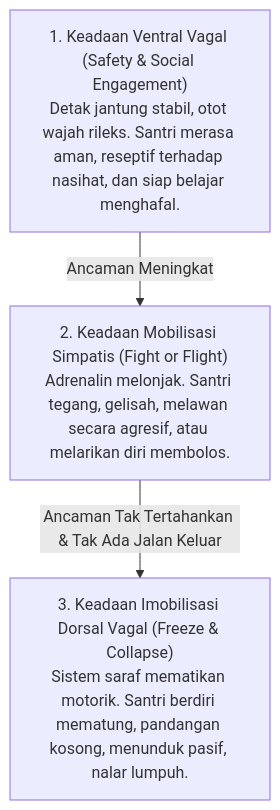
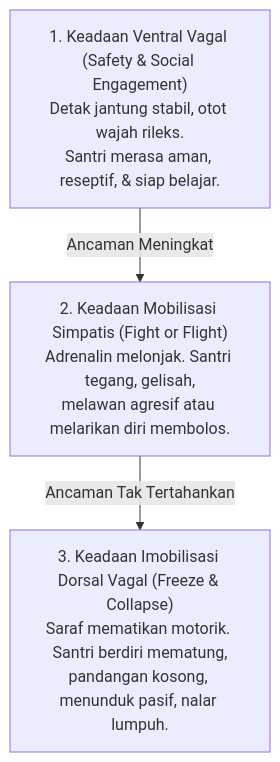
One commit to wandiapriliyandi/tumbuh changed the third of 5 diagrams in BOOK Series 1/01-The-Fundamental-of-TUMBUH/Bab-01-Menatap-Krisis-Menegakkan-Orientasi.md. Above: the diagram before and after it, drawn with Mermaid. The commit also changed other lines of this file and 35 other files, not shown here.

Commit message:
fix(book-01): optimasi keterbacaan diagram mermaid pada seluruh bab dan perbarui 20 file PDF

````diff
--- a/BOOK Series 1/01-The-Fundamental-of-TUMBUH/Bab-01-Menatap-Krisis-Menegakkan-Orientasi.md
+++ b/BOOK Series 1/01-The-Fundamental-of-TUMBUH/Bab-01-Menatap-Krisis-Menegakkan-Orientasi.md
@@ -105,9 +105,9 @@
 ```mermaid
 graph TD
-    V["1. Keadaan Ventral Vagal (Safety & Social Engagement)<br/>Detak jantung stabil, otot wajah rileks. Santri merasa aman, reseptif terhadap nasihat, dan siap belajar menghafal."]
-    S["2. Keadaan Mobilisasi Simpatis (Fight or Flight)<br/>Adrenalin melonjak. Santri tegang, gelisah, melawan secara agresif, atau melarikan diri membolos."]
-    D["3. Keadaan Imobilisasi Dorsal Vagal (Freeze & Collapse)<br/>Sistem saraf mematikan motorik. Santri berdiri mematung, pandangan kosong, menunduk pasif, nalar lumpuh."]
+    V["1. Keadaan Ventral Vagal (Safety & Social Engagement)<br/>Detak jantung stabil, otot wajah rileks.<br/>Santri merasa aman, reseptif, & siap belajar."]
+    S["2. Keadaan Mobilisasi Simpatis (Fight or Flight)<br/>Adrenalin melonjak. Santri tegang, gelisah,<br/>melawan agresif atau melarikan diri membolos."]
+    D["3. Keadaan Imobilisasi Dorsal Vagal (Freeze & Collapse)<br/>Saraf mematikan motorik. Santri berdiri mematung,<br/>pandangan kosong, menunduk pasif, nalar lumpuh."]
 
     V -->|Ancaman Meningkat| S
-    S -->|Ancaman Tak Tertahankan & Tak Ada Jalan Keluar| D
+    S -->|Ancaman Tak Tertahankan| D
 ```
````
